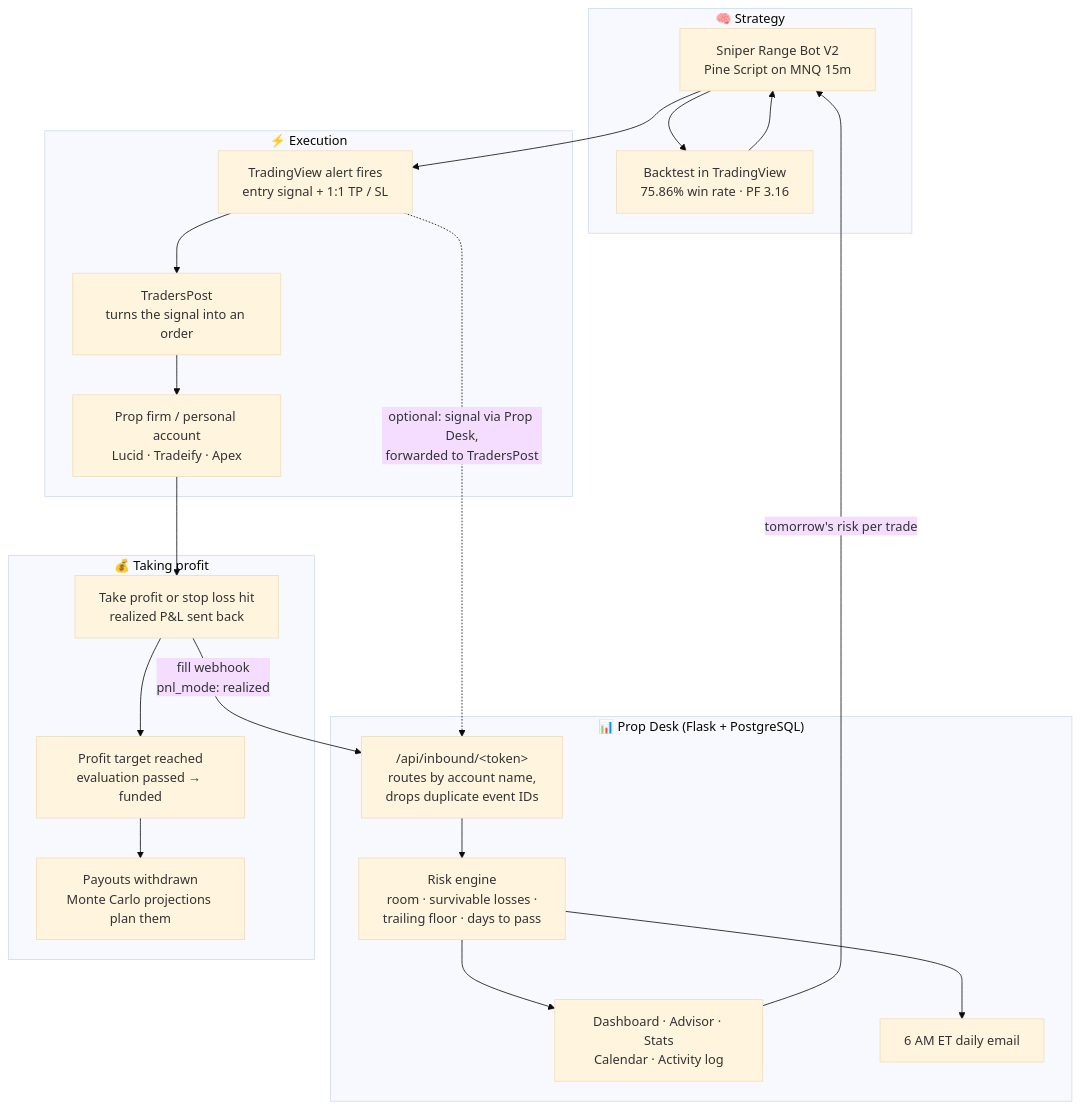
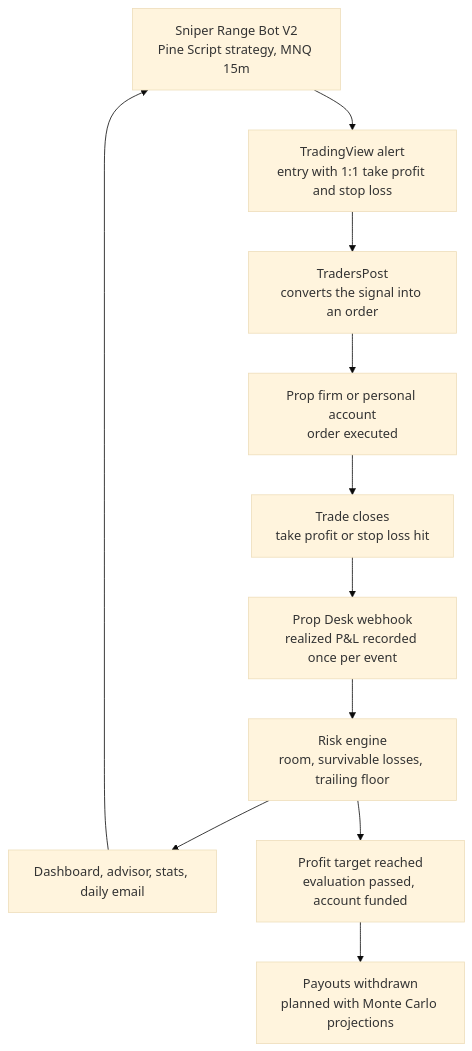
Before and after one commit to stevenGGG23/Prop-Desk: the diagram in README.md, drawn with Mermaid (base theme). The commit also changed other lines of this file, not shown here.

Commit message:
ReadMe Update

````diff
--- a/README.md
+++ b/README.md
@@ -54,37 +54,17 @@
 ```mermaid
 flowchart TD
-    subgraph BUILD["🧠 Strategy"]
-        PINE["Sniper Range Bot V2<br/>Pine Script on MNQ 15m"]
-        BT["Backtest in TradingView<br/>75.86% win rate · PF 3.16"]
-        PINE --> BT --> PINE
-    end
+    A["Sniper Range Bot V2<br/>Pine Script strategy, MNQ 15m"]
+    B["TradingView alert<br/>entry with 1:1 take profit and stop loss"]
+    C["TradersPost<br/>converts the signal into an order"]
+    D["Prop firm or personal account<br/>order executed"]
+    E["Trade closes<br/>take profit or stop loss hit"]
+    F["Prop Desk webhook<br/>realized P&L recorded once per event"]
+    G["Risk engine<br/>room, survivable losses, trailing floor"]
+    H["Dashboard, advisor, stats, daily email"]
+    I["Profit target reached<br/>evaluation passed, account funded"]
+    J["Payouts withdrawn<br/>planned with Monte Carlo projections"]
 
-    subgraph EXEC["⚡ Execution"]
-        ALERT["TradingView alert fires<br/>entry signal + 1:1 TP / SL"]
-        TP["TradersPost<br/>turns the signal into an order"]
-        BROKER["Prop firm / personal account<br/>Lucid · Tradeify · Apex"]
-        ALERT --> TP --> BROKER
-    end
-
-    subgraph DESK["📊 Prop Desk (Flask + PostgreSQL)"]
-        HOOK["/api/inbound/&lt;token&gt;<br/>routes by account name,<br/>drops duplicate event IDs"]
-        ENGINE["Risk engine<br/>room · survivable losses ·<br/>trailing floor · days to pass"]
-        UI["Dashboard · Advisor · Stats<br/>Calendar · Activity log"]
-        MAIL["6 AM ET daily email"]
-        HOOK --> ENGINE --> UI
-        ENGINE --> MAIL
-    end
-
-    subgraph PROFIT["💰 Taking profit"]
-        CLOSE["Take profit or stop loss hit<br/>realized P&L sent back"]
-        PASS["Profit target reached<br/>evaluation passed → funded"]
-        PAYOUT["Payouts withdrawn<br/>Monte Carlo projections plan them"]
-        CLOSE --> PASS --> PAYOUT
-    end
-
-    PINE --> ALERT
-    ALERT -. "optional: signal via Prop Desk,<br/>forwarded to TradersPost" .-> HOOK
-    BROKER --> CLOSE
-    CLOSE -- "fill webhook<br/>pnl_mode: realized" --> HOOK
-    UI -- "tomorrow's risk per trade" --> PINE
+    A --> B --> C --> D --> E --> F --> G --> H
+    G --> I --> J
+    H --> A
 ```
````
